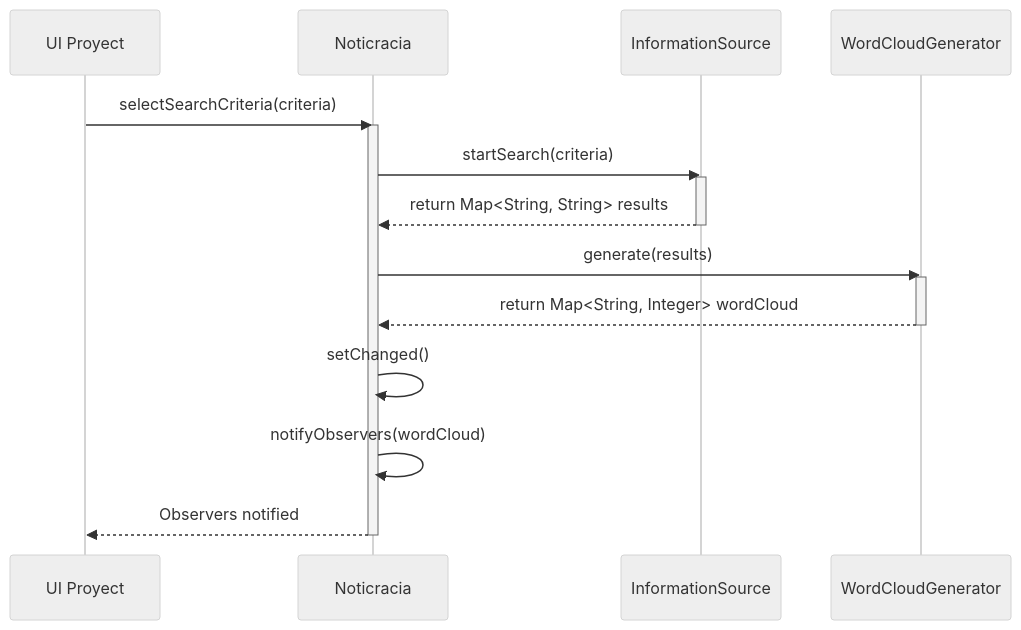
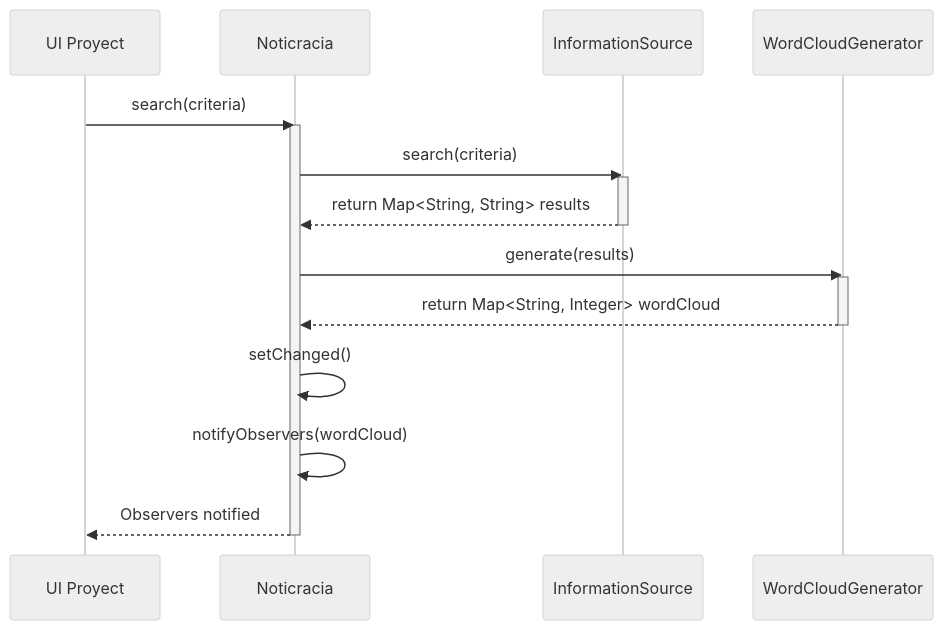
One commit to juanmanuellosada/noticracia-core changed the fourth of 5 diagrams in README.md. Above: the diagram before and after it, drawn with Mermaid (neutral theme). The commit also changed other lines of this file and 3 other files, not shown here.

````diff
--- a/README.md
+++ b/README.md
@@ -120,22 +120,22 @@
 ```mermaid
 sequenceDiagram
     participant UI Proyect
     participant Noticracia as Noticracia
     participant InformationSource as InformationSource
     participant WordCloudGenerator as WordCloudGenerator
 
-    UI Proyect->>Noticracia: selectSearchCriteria(criteria)
+    UI Proyect->>Noticracia: search(criteria)
     activate Noticracia
-    Noticracia->>InformationSource: startSearch(criteria)
+    Noticracia->>InformationSource: search(criteria)
     activate InformationSource
     InformationSource-->>Noticracia: return Map<String, String> results
     deactivate InformationSource
     Noticracia->>WordCloudGenerator: generate(results)
     activate WordCloudGenerator
     WordCloudGenerator-->>Noticracia: return Map<String, Integer> wordCloud
     deactivate WordCloudGenerator
     Noticracia->>Noticracia: setChanged()
     Noticracia->>Noticracia: notifyObservers(wordCloud)
     Noticracia-->>UI Proyect: Observers notified
     deactivate Noticracia
 ```
````
